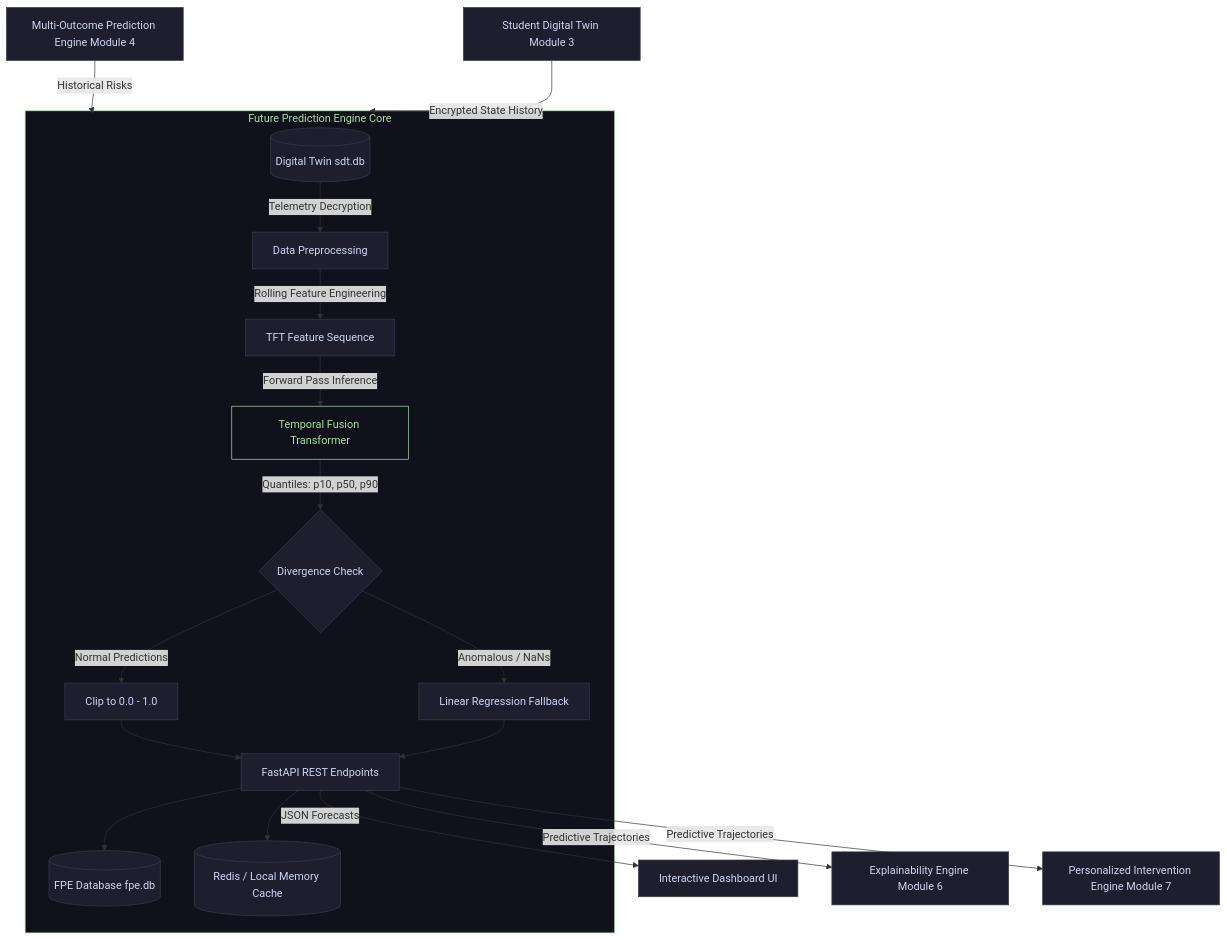
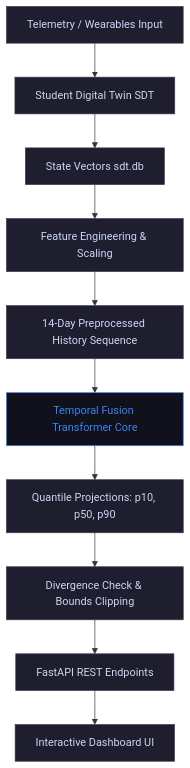
Before and after one commit to tezendrax/FPE-Student-State-Forecasting-Engine--Wellmefy: the diagram in README.md, drawn with Mermaid. The commit also changed other lines of this file and 5 other files, not shown here.

Commit message:
Simplify flowchart and embed results graphs

````diff
--- a/README.md
+++ b/README.md
@@ -14,30 +13,17 @@
 ```mermaid
 graph TD
-    %% Upstream Data Sources
-    U1[Multi-Outcome Prediction Engine Module 4] --> |Historical Risks| FPE[Future Prediction Engine]
-    U2[Student Digital Twin Module 3] --> |Encrypted State History| FPE
-    
-    %% FPE Internal Workflow
-    subgraph FPE [Future Prediction Engine Core]
-        DB_SDT[(Digital Twin sdt.db)] --> |Telemetry Decryption| DP[Data Preprocessing]
-        DP --> |Rolling Feature Engineering| TF[TFT Feature Sequence]
-        TF --> |Forward Pass Inference| TFT[Temporal Fusion Transformer]
-        TFT --> |Quantiles: p10, p50, p90| BC{Divergence Check}
-        BC --> |Normal Predictions| OUT[Clip to 0.0 - 1.0]
-        BC --> |Anomalous / NaNs| LRF[Linear Regression Fallback]
-        OUT --> API[FastAPI REST Endpoints]
-        LRF --> API
-        API --> DB_FPE[(FPE Database fpe.db)]
-        API --> Cache[(Redis / Local Memory Cache)]
-    end
-    
-    %% Downstream Components
-    API --> |JSON Forecasts| FE[Interactive Dashboard UI]
-    API --> |Predictive Trajectories| D1[Explainability Engine Module 6]
-    API --> |Predictive Trajectories| D2[Personalized Intervention Engine Module 7]
+    A[Telemetry / Wearables Input] --> B[Student Digital Twin SDT]
+    B --> C[State Vectors sdt.db]
+    C --> D[Feature Engineering & Scaling]
+    D --> E[14-Day Preprocessed History Sequence]
+    E --> F[Temporal Fusion Transformer Core]
+    F --> G[Quantile Projections: p10, p50, p90]
+    G --> H[Divergence Check & Bounds Clipping]
+    H --> I[FastAPI REST Endpoints]
+    I --> J[Interactive Dashboard UI]
 
     %% Styling
     classDef default fill:#1e1e2e,stroke:#3b3b4f,color:#cdd6f4;
-    classDef highlight fill:#11111b,stroke:#a6e3a1,color:#a6e3a1;
-    class FPE,TFT highlight;
+    classDef highlight fill:#11111b,stroke:#3b82f6,color:#3b82f6;
+    class F highlight;
 ```
````
